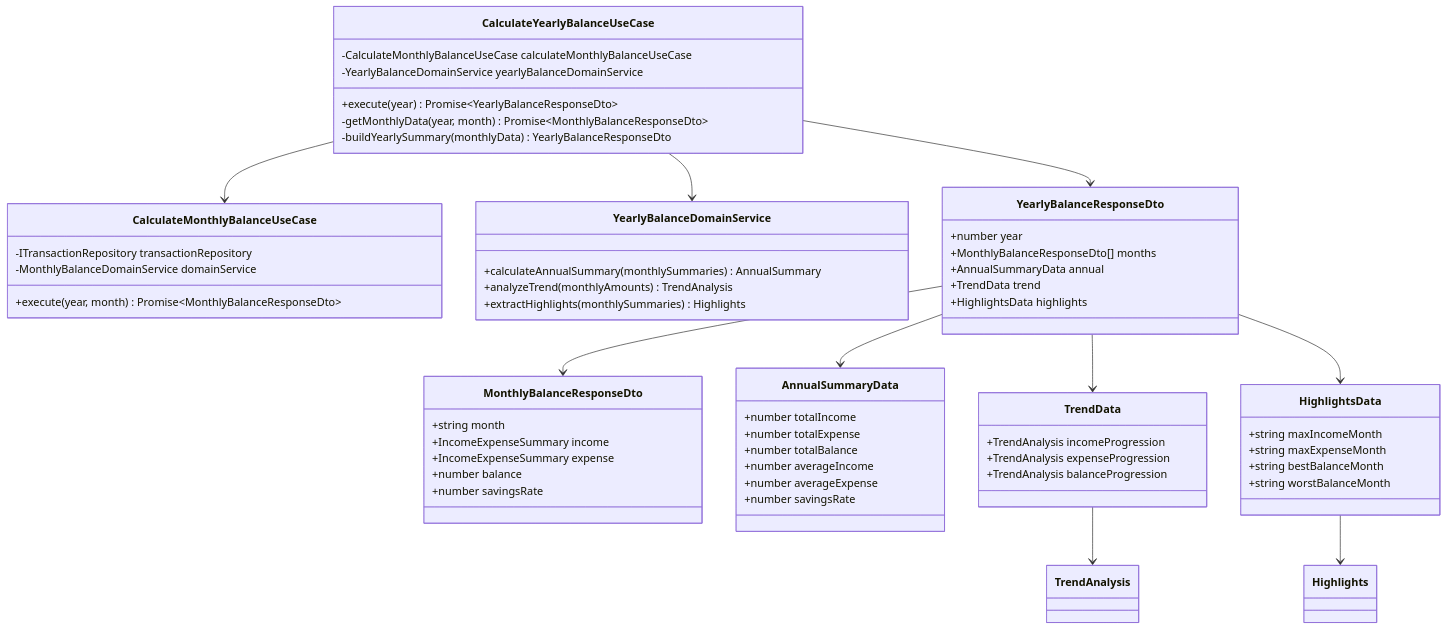
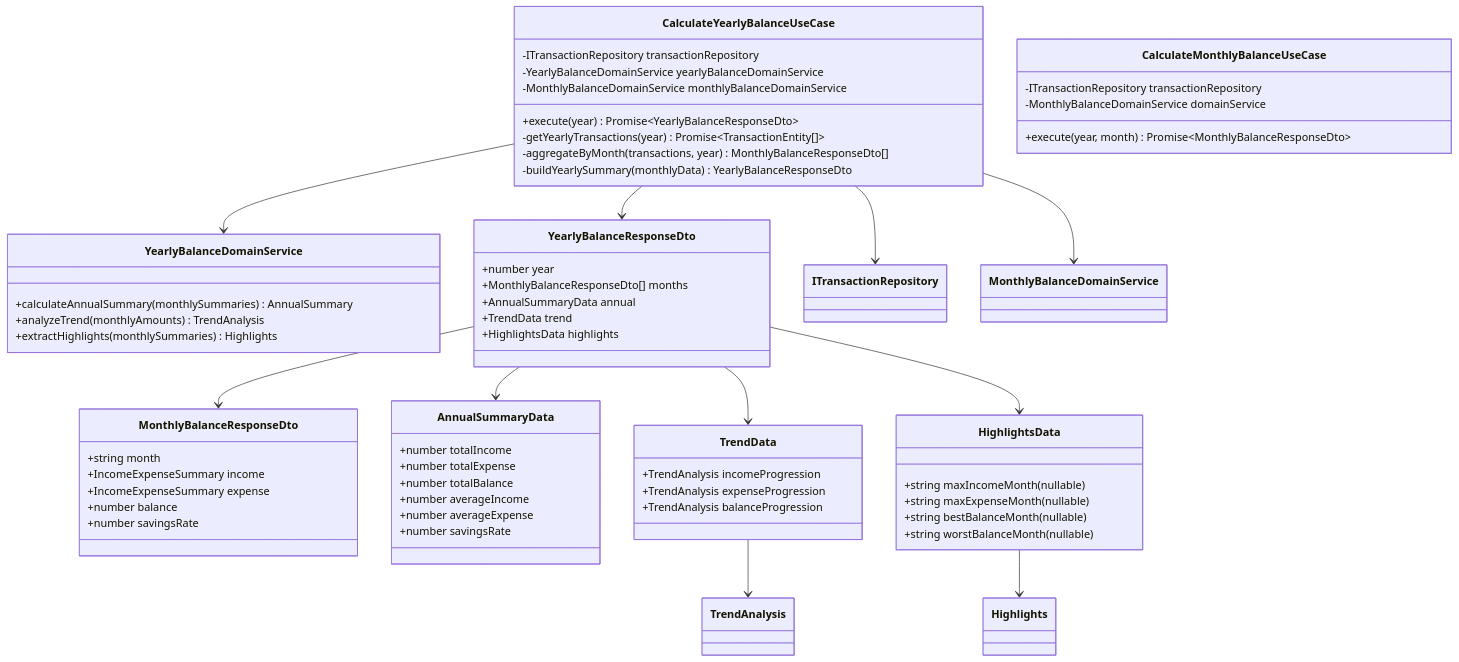
One commit to kencom2400/account-book changed the second of 4 diagrams in docs/detailed-design/FR-020_yearly-balance-aggregation/class-diagrams.md. Above: the diagram before and after it, drawn with Mermaid. The commit also changed 3 other files, not shown here.

````diff
--- a/docs/detailed-design/FR-020_yearly-balance-aggregation/class-diagrams.md
+++ b/docs/detailed-design/FR-020_yearly-balance-aggregation/class-diagrams.md
@@ -161,70 +161,73 @@
 ```mermaid
 classDiagram
     class CalculateYearlyBalanceUseCase {
-        -CalculateMonthlyBalanceUseCase calculateMonthlyBalanceUseCase
+        -ITransactionRepository transactionRepository
         -YearlyBalanceDomainService yearlyBalanceDomainService
+        -MonthlyBalanceDomainService monthlyBalanceDomainService
         +execute(year) Promise~YearlyBalanceResponseDto~
-        -getMonthlyData(year, month) Promise~MonthlyBalanceResponseDto~
+        -getYearlyTransactions(year) Promise~TransactionEntity[]~
+        -aggregateByMonth(transactions, year) MonthlyBalanceResponseDto[]
         -buildYearlySummary(monthlyData) YearlyBalanceResponseDto
     }
 
     class CalculateMonthlyBalanceUseCase {
         -ITransactionRepository transactionRepository
         -MonthlyBalanceDomainService domainService
         +execute(year, month) Promise~MonthlyBalanceResponseDto~
     }
 
     class YearlyBalanceDomainService {
         +calculateAnnualSummary(monthlySummaries) AnnualSummary
         +analyzeTrend(monthlyAmounts) TrendAnalysis
         +extractHighlights(monthlySummaries) Highlights
     }
 
     class YearlyBalanceResponseDto {
         +number year
         +MonthlyBalanceResponseDto[] months
         +AnnualSummaryData annual
         +TrendData trend
         +HighlightsData highlights
     }
 
     class MonthlyBalanceResponseDto {
         +string month
         +IncomeExpenseSummary income
         +IncomeExpenseSummary expense
         +number balance
         +number savingsRate
     }
 
     class AnnualSummaryData {
         +number totalIncome
         +number totalExpense
         +number totalBalance
         +number averageIncome
         +number averageExpense
         +number savingsRate
     }
 
     class TrendData {
         +TrendAnalysis incomeProgression
         +TrendAnalysis expenseProgression
         +TrendAnalysis balanceProgression
     }
 
     class HighlightsData {
-        +string maxIncomeMonth
-        +string maxExpenseMonth
-        +string bestBalanceMonth
-        +string worstBalanceMonth
+        +string maxIncomeMonth (nullable)
+        +string maxExpenseMonth (nullable)
+        +string bestBalanceMonth (nullable)
+        +string worstBalanceMonth (nullable)
     }
 
-    CalculateYearlyBalanceUseCase --> CalculateMonthlyBalanceUseCase
+    CalculateYearlyBalanceUseCase --> ITransactionRepository
     CalculateYearlyBalanceUseCase --> YearlyBalanceDomainService
+    CalculateYearlyBalanceUseCase --> MonthlyBalanceDomainService
     CalculateYearlyBalanceUseCase --> YearlyBalanceResponseDto
     YearlyBalanceResponseDto --> MonthlyBalanceResponseDto
     YearlyBalanceResponseDto --> AnnualSummaryData
     YearlyBalanceResponseDto --> TrendData
     YearlyBalanceResponseDto --> HighlightsData
     TrendData --> TrendAnalysis
     HighlightsData --> Highlights
 ```
````
